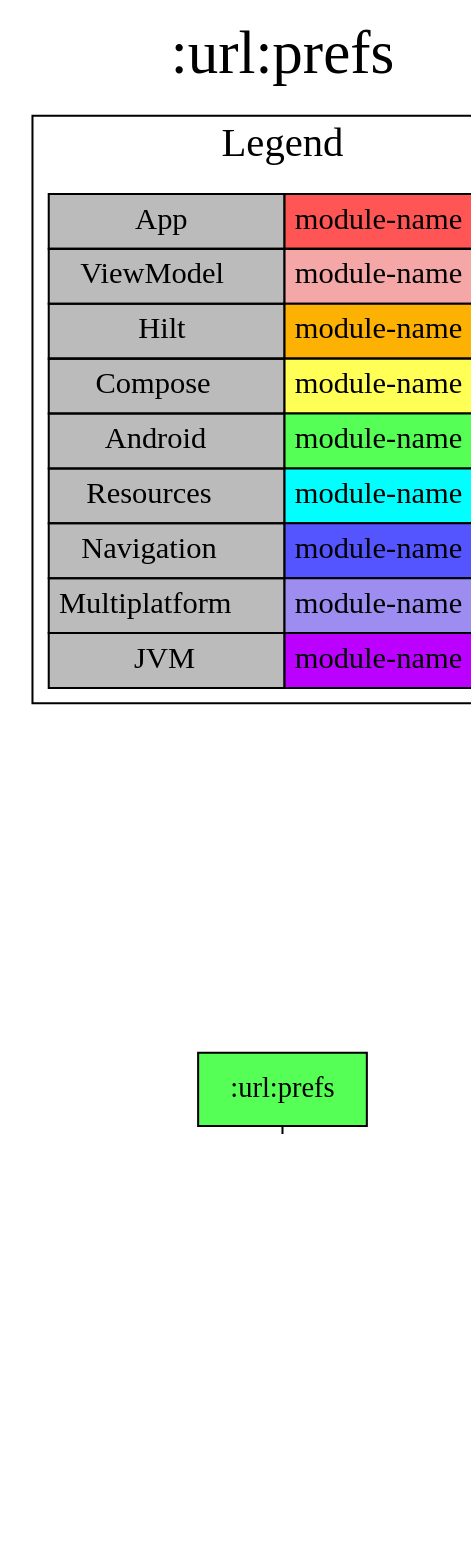
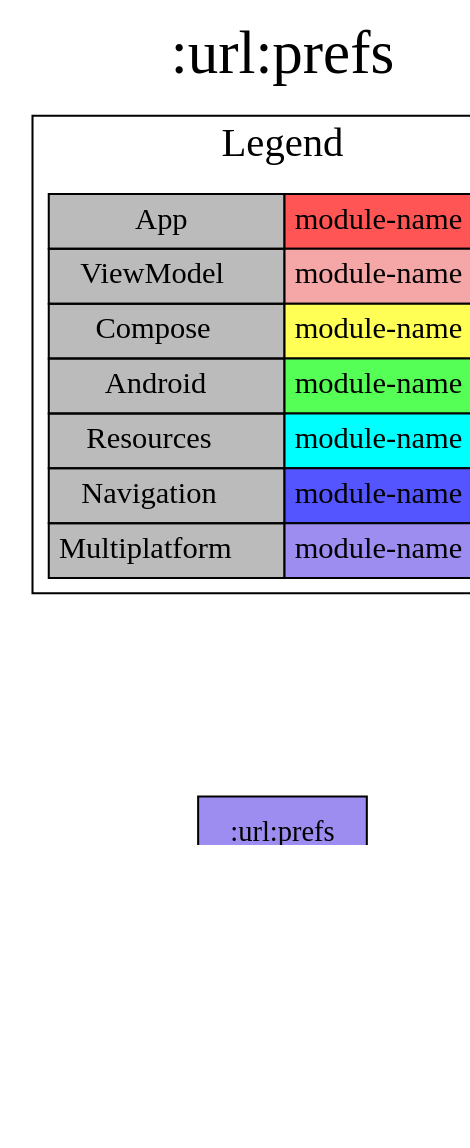
One commit to jonapoul/aktual changed the diagram in modules/url/prefs/project-dependency-graph.dot. Above: the diagram before and after it, drawn with Graphviz. The commit also changed 142 other files, not shown here.

```diff
--- a/modules/url/prefs/project-dependency-graph.dot
+++ b/modules/url/prefs/project-dependency-graph.dot
@@ -1,29 +1,27 @@
 digraph {
 edge ["dir"="forward"]
-graph ["dpi"="100","label"=":url:prefs","labelloc"="t","fontsize"="30","ranksep"="2.5","rankdir"="TB"]
+graph ["dpi"="100","label"=":url:prefs","labelloc"="t","fontsize"="30","ranksep"="1.5","rankdir"="TB"]
 node ["style"="filled"]
-":url:prefs" ["fillcolor"="#55FF55","shape"="box"]
+":url:prefs" ["fillcolor"="#9D8DF1","shape"="box"]
 ":url:model" ["fillcolor"="#9D8DF1","shape"="box"]
 {
 edge ["dir"="none"]
 graph ["rank"="same"]
 }
 ":url:prefs" -> ":url:model"
 subgraph "cluster_legend" {
 edge ["dir"="none"]
 graph ["label"="Legend","fontsize"="20"]
 "Legend" ["style"="filled","fillcolor"="#bbbbbb","shape"="none","margin"="0","fontsize"="15","label"=<
 <TABLE BORDER="0" CELLBORDER="1" CELLSPACING="0" CELLPADDING="4">
 <TR><TD>App</TD><TD BGCOLOR="#FF5555">module-name</TD></TR>
 <TR><TD>ViewModel</TD><TD BGCOLOR="#F5A6A6">module-name</TD></TR>
-<TR><TD>Hilt</TD><TD BGCOLOR="#FCB103">module-name</TD></TR>
 <TR><TD>Compose</TD><TD BGCOLOR="#FFFF55">module-name</TD></TR>
 <TR><TD>Android</TD><TD BGCOLOR="#55FF55">module-name</TD></TR>
 <TR><TD>Resources</TD><TD BGCOLOR="#00FFFF">module-name</TD></TR>
 <TR><TD>Navigation</TD><TD BGCOLOR="#5555FF">module-name</TD></TR>
 <TR><TD>Multiplatform</TD><TD BGCOLOR="#9D8DF1">module-name</TD></TR>
-<TR><TD>JVM</TD><TD BGCOLOR="#BB00FF">module-name</TD></TR>
 </TABLE>
 >]
 } -> ":url:prefs" ["style"="invis"]
 }
```
